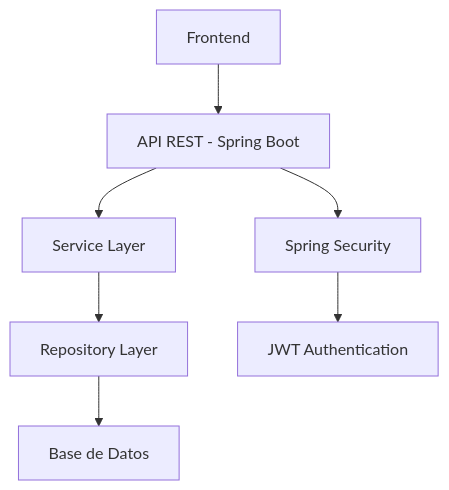
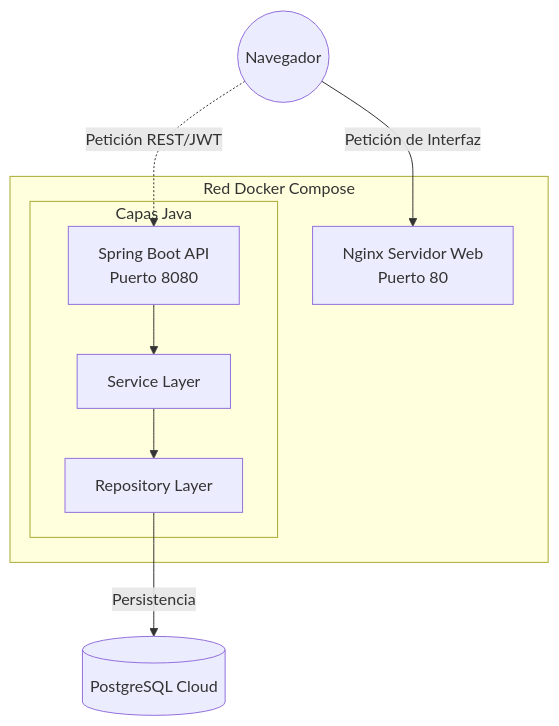
Before and after one commit to JustBeingLuis/CoworkingHub: the second of 2 diagrams in README.md, drawn with Mermaid. The commit also changed other lines of this file, not shown here.

````diff
--- a/README.md
+++ b/README.md
@@ -140,9 +143,20 @@
 ```mermaid
-graph TB
-    A[Frontend] --> B[API REST - Spring Boot]
-    B --> C[Service Layer]
-    C --> D[Repository Layer]
-    D --> E[Base de Datos]
-    B --> F[Spring Security]
-    F --> G[JWT Authentication]
+graph TD
+    Client((Navegador))
+    
+    subgraph Red Docker Compose
+        A[Nginx Servidor Web\nPuerto 80]
+        B[Spring Boot API\nPuerto 8080]
+        
+        subgraph Capas Java
+            B --> C[Service Layer]
+            C --> D[Repository Layer]
+        end
+    end
+    
+    E[(PostgreSQL Cloud)]
+    
+    Client -->|Petición de Interfaz| A
+    Client -.->|Petición REST/JWT| B
+    D -->|Persistencia| E
 ```
````
